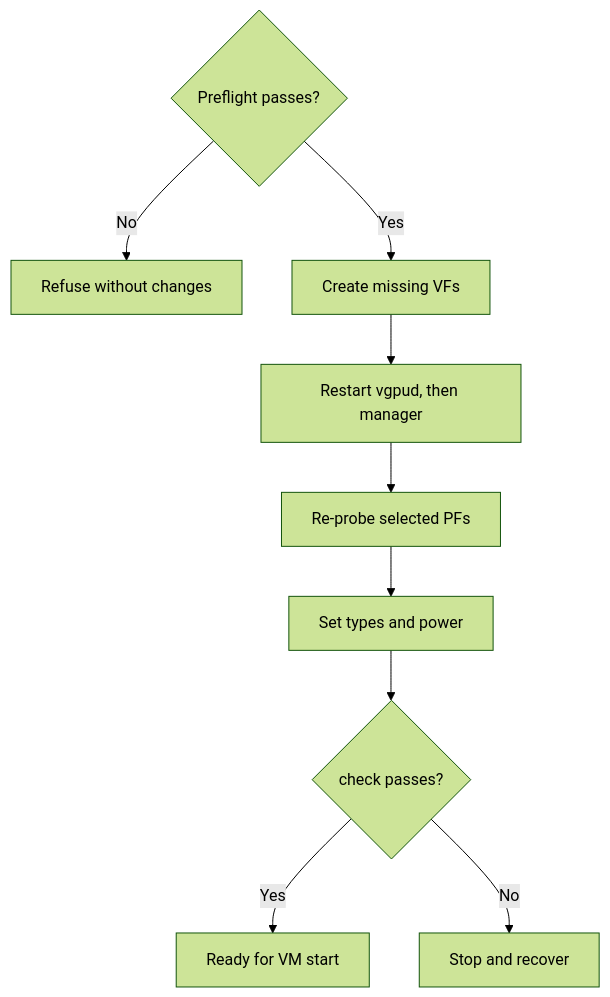
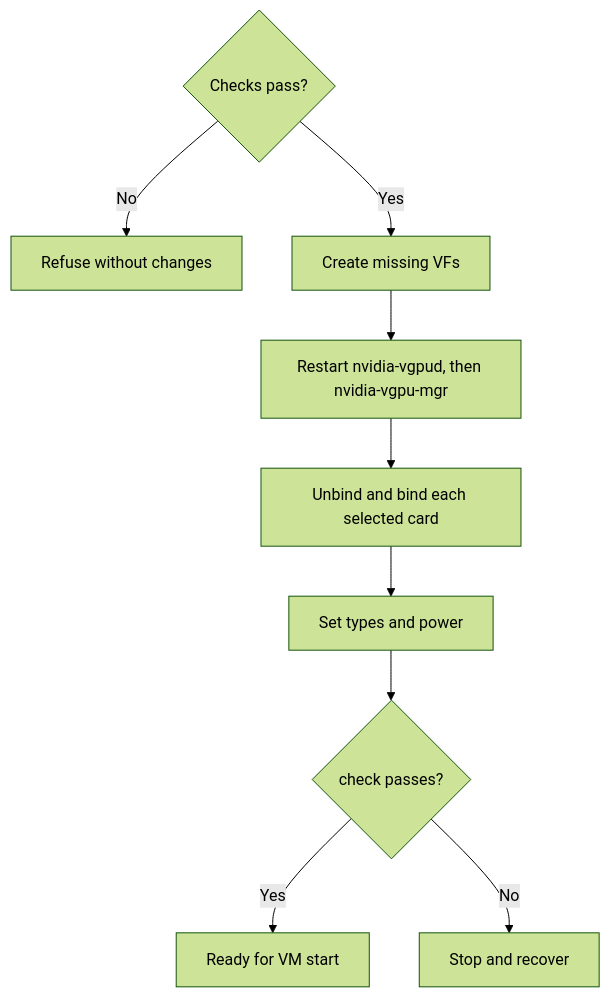
One commit to noon-at-cgn/geforce-sriov changed the third of 7 diagrams in docs/installation.md. Above: the diagram before and after it, drawn with Mermaid (forest theme). The commit also changed other lines of this file and 9 other files, not shown here.

````diff
--- a/docs/installation.md
+++ b/docs/installation.md
@@ -367,11 +367,11 @@
 ```mermaid
 flowchart TD
-    A{Preflight passes?} -->|No| B[Refuse without changes]
+    A{Checks pass?} -->|No| B[Refuse without changes]
     A -->|Yes| C[Create missing VFs]
-    C --> D[Restart vgpud, then manager]
-    D --> E[Re-probe selected PFs]
+    C --> D["Restart nvidia-vgpud, then nvidia-vgpu-mgr"]
+    D --> E["Unbind and bind each selected card"]
     E --> F[Set types and power]
     F --> G{check passes?}
     G -->|Yes| H[Ready for VM start]
     G -->|No| I[Stop and recover]
 ```
````
